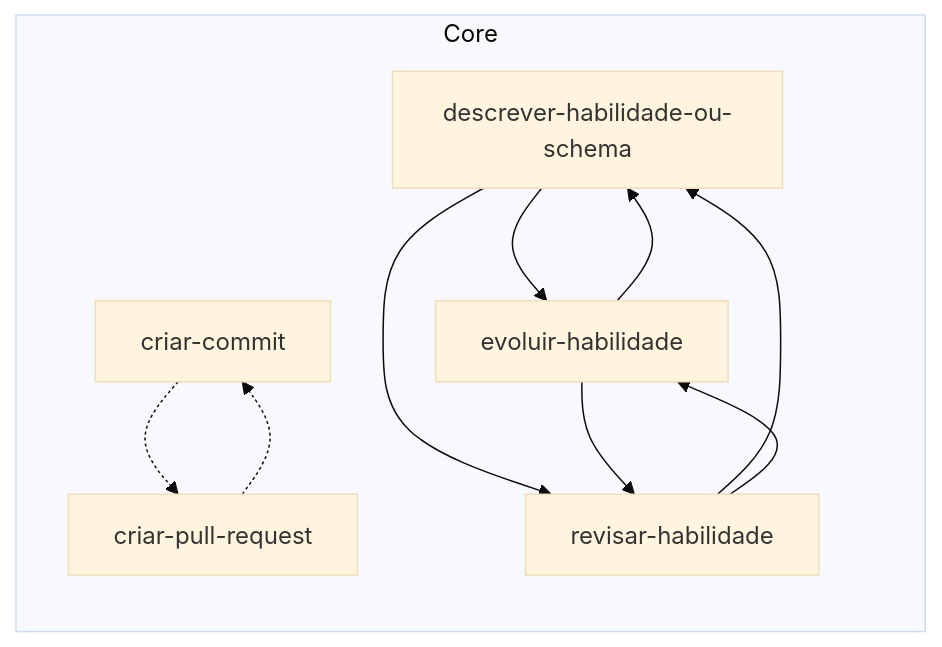
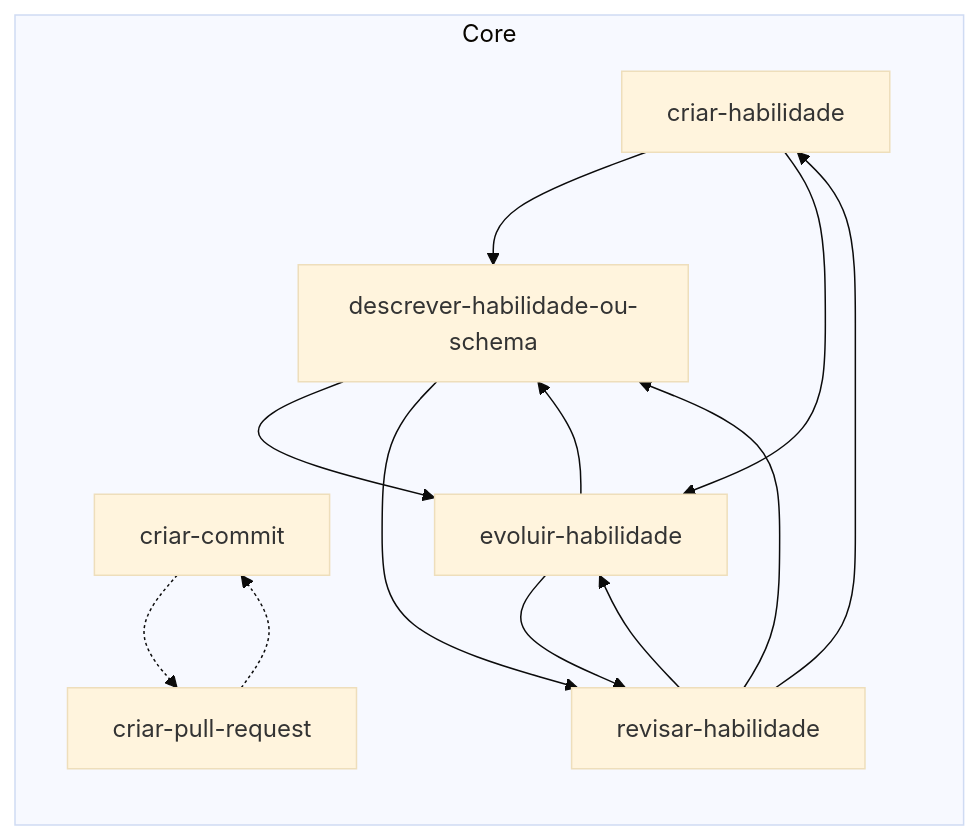
The diagram in .agents/skills/README.md (jimmyandrade/harness), drawn with Mermaid (base theme) before and after one commit. The commit also changed other lines of this file and 6 other files, not shown here.

First line of the commit message:
feat(criar-habilidade): move the skill to the core (#22)

````diff
--- a/.agents/skills/README.md
+++ b/.agents/skills/README.md
@@ -13,18 +13,22 @@
 ```mermaid
 flowchart LR
   subgraph core["Core"]
     criar_commit["criar-commit"]
+    criar_habilidade["criar-habilidade"]
     criar_pull_request["criar-pull-request"]
     descrever_habilidade_ou_schema["descrever-habilidade-ou-schema"]
     evoluir_habilidade["evoluir-habilidade"]
     revisar_habilidade["revisar-habilidade"]
   end
   criar_commit -.-> criar_pull_request
+  criar_habilidade --> descrever_habilidade_ou_schema
+  criar_habilidade --> evoluir_habilidade
   criar_pull_request -.-> criar_commit
   descrever_habilidade_ou_schema --> evoluir_habilidade
   descrever_habilidade_ou_schema --> revisar_habilidade
   evoluir_habilidade --> descrever_habilidade_ou_schema
   evoluir_habilidade --> revisar_habilidade
+  revisar_habilidade --> criar_habilidade
   revisar_habilidade --> descrever_habilidade_ou_schema
   revisar_habilidade --> evoluir_habilidade
 ```
````
